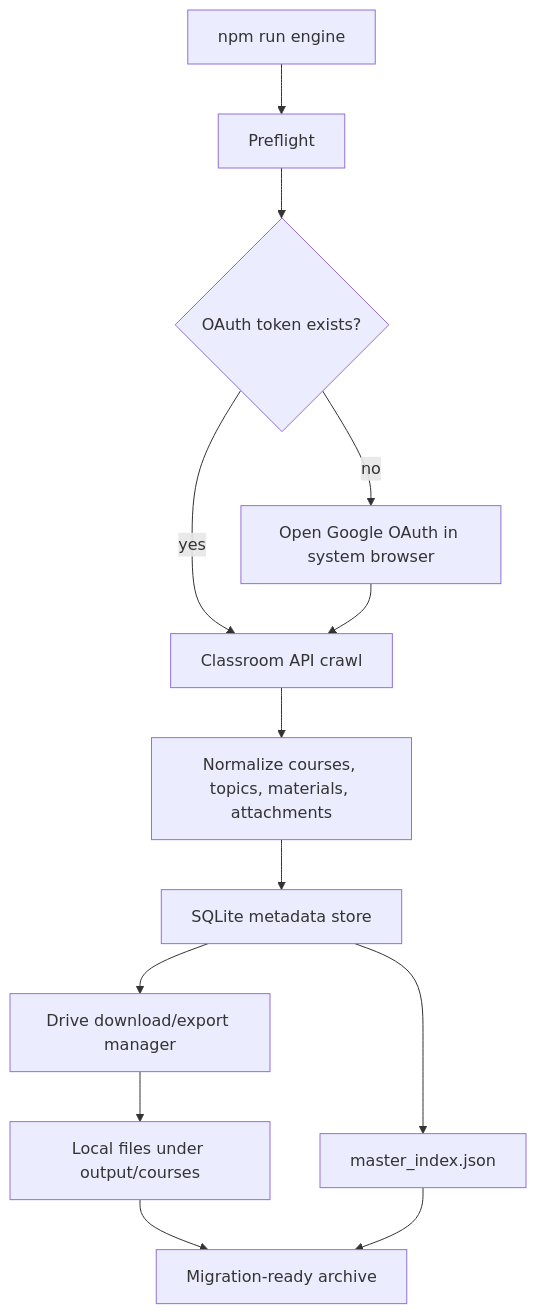
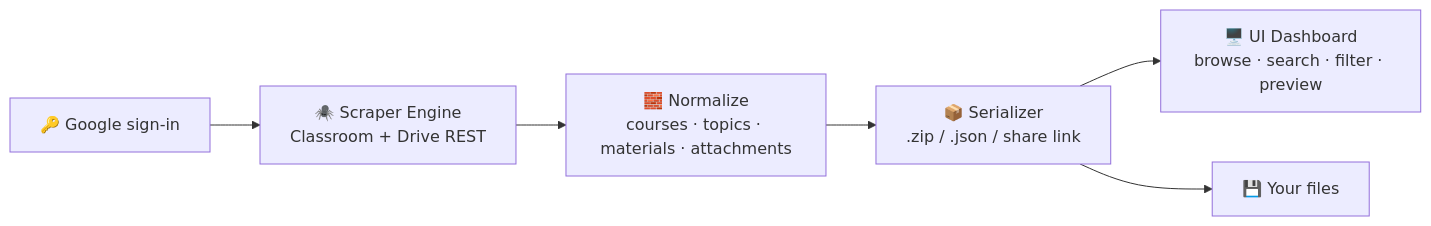
The diagram in README.md (grloper/classroom-downloader), drawn with Mermaid before and after one commit. The commit also changed other lines of this file and 5 other files, not shown here.

````diff
--- a/README.md
+++ b/README.md
@@ -261,15 +120,8 @@
 ```mermaid
-flowchart TD
-  A[npm run engine] --> B[Preflight]
-  B --> C{OAuth token exists?}
-  C -- no --> D[Open Google OAuth in system browser]
-  C -- yes --> E[Classroom API crawl]
-  D --> E
-  E --> F[Normalize courses, topics, materials, attachments]
-  F --> G[SQLite metadata store]
-  G --> H[Drive download/export manager]
-  H --> I[Local files under output/courses]
-  G --> J[master_index.json]
-  I --> K[Migration-ready archive]
-  J --> K
+flowchart LR
+  A[🔑 Google sign-in] --> B[🕷️ Scraper Engine<br/>Classroom + Drive REST]
+  B --> C[🧱 Normalize<br/>courses · topics · materials · attachments]
+  C --> D[📦 Serializer<br/>.zip / .json / share link]
+  D --> E[🖥️ UI Dashboard<br/>browse · search · filter · preview]
+  D --> F[💾 Your files]
 ```
````
